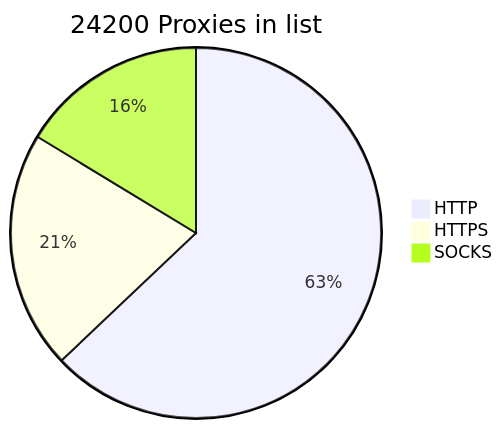
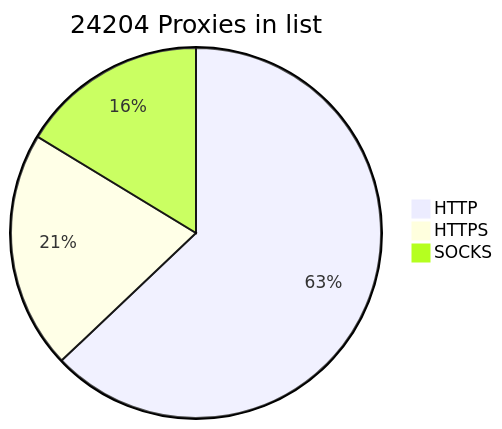
The diagram in README.md (BlackSnowDot/proxylist-update-every-minute), drawn with Mermaid before and after one commit.

````diff
--- a/README.md
+++ b/README.md
@@ -2,6 +2,6 @@
 ```mermaid
-pie title 24200 Proxies in list
+pie title 24204 Proxies in list
     "HTTP" : 17495
-    "HTTPS": 5772
+    "HTTPS": 5775
     "SOCKS" : 4536
 ```
````
